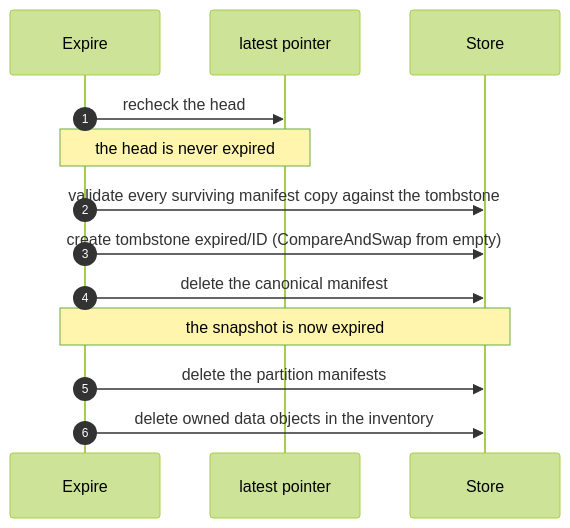
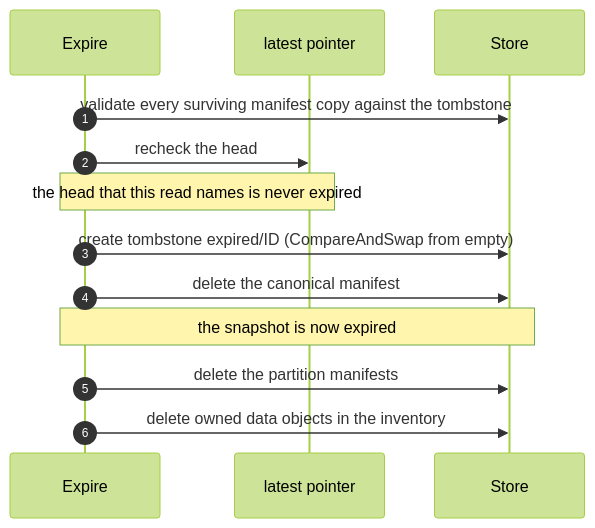
One commit to pithecene/lode changed the second of 3 diagrams in docs/guides/retention.md. Above: the diagram before and after it, drawn with Mermaid (forest theme). The commit also changed other lines of this file and 4 other files, not shown here.

First line of the commit message:
fix(retention): 🐛 state the observed head and a portable read failure

````diff
--- a/docs/guides/retention.md
+++ b/docs/guides/retention.md
@@ -71,15 +71,15 @@
 ```mermaid
 sequenceDiagram
     autonumber
     participant E as Expire
     participant P as latest pointer
     participant S as Store
+    E->>S: validate every surviving manifest copy against the tombstone
     E->>P: recheck the head
-    Note over E,P: the head is never expired
-    E->>S: validate every surviving manifest copy against the tombstone
+    Note over E,P: the head that this read names is never expired
     E->>S: create tombstone expired/ID (CompareAndSwap from empty)
     E->>S: delete the canonical manifest
     Note over E,S: the snapshot is now expired
     E->>S: delete the partition manifests
     E->>S: delete owned data objects in the inventory
 ```
````
